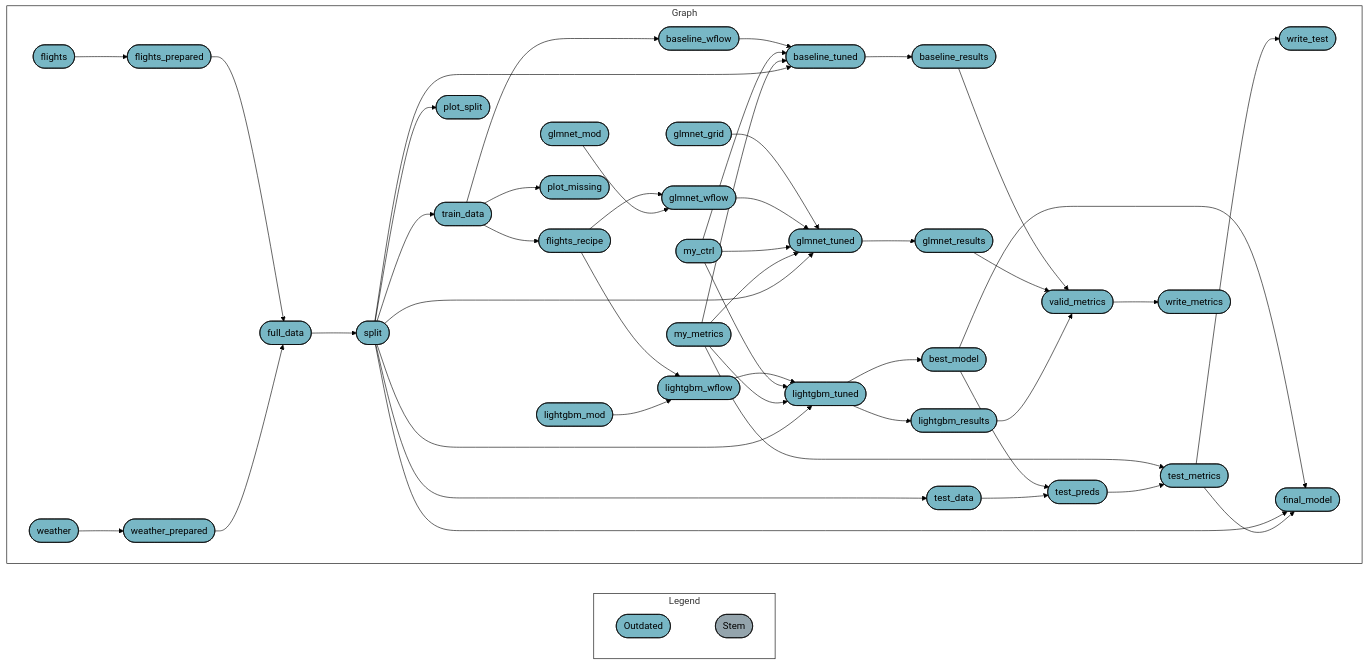
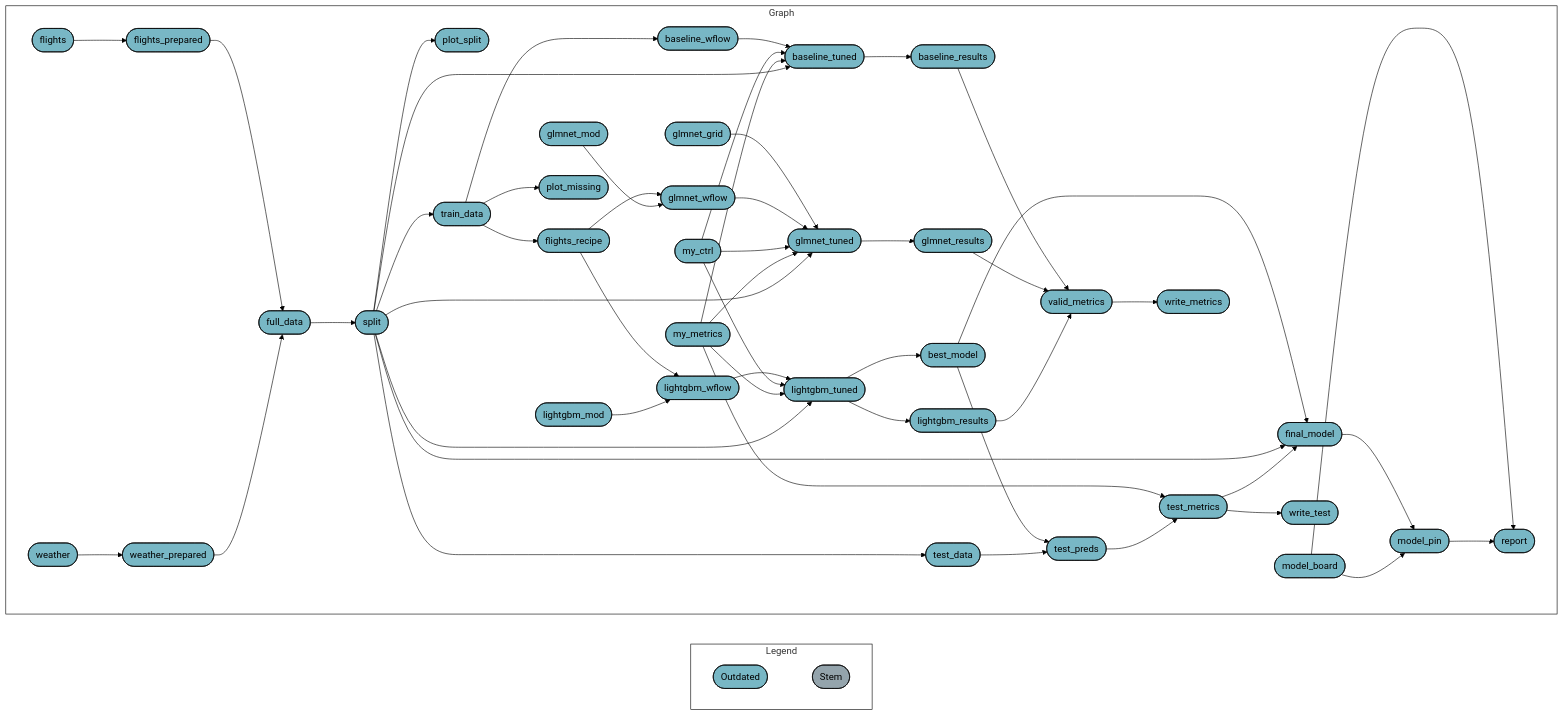
The diagram in README.md (phenrickson/flights), drawn with Mermaid (forest theme) before and after one commit. The commit also changed other lines of this file, not shown here.

````diff
--- a/README.md
+++ b/README.md
@@ -8,59 +10,63 @@
 ``` mermaid
 graph LR
   style Legend fill:#FFFFFF00,stroke:#000000;
   style Graph fill:#FFFFFF00,stroke:#000000;
   subgraph Legend
     direction LR
     x2db1ec7a48f65a9b([""Outdated""]):::outdated --- xd03d7c7dd2ddda2b([""Stem""]):::none
   end
   subgraph Graph
     direction LR
-    x0f09e4c17eb3276c(["test_metrics"]):::outdated --> xae90e4e03e9da6f6(["write_test"]):::outdated
-    x3045fd98bf132297(["lightgbm_tuned"]):::outdated --> xcc98cb49ce297ec1(["lightgbm_results"]):::outdated
     x9b0c9170b8902027(["best_model"]):::outdated --> x29f339361487eb61(["final_model"]):::outdated
     xe28457b7180d9865(["split"]):::outdated --> x29f339361487eb61(["final_model"]):::outdated
     x0f09e4c17eb3276c(["test_metrics"]):::outdated --> x29f339361487eb61(["final_model"]):::outdated
-    x9774927add83534a(["full_data"]):::outdated --> xe28457b7180d9865(["split"]):::outdated
-    xfa066c31cda349b9(["baseline_results"]):::outdated --> xe0bb173f910bd7f0(["valid_metrics"]):::outdated
-    xe2705333dfe7c9b4(["glmnet_results"]):::outdated --> xe0bb173f910bd7f0(["valid_metrics"]):::outdated
-    xcc98cb49ce297ec1(["lightgbm_results"]):::outdated --> xe0bb173f910bd7f0(["valid_metrics"]):::outdated
-    x9b0c9170b8902027(["best_model"]):::outdated --> x4cdedcb3a02ef6bb(["test_preds"]):::outdated
-    xbb782543df7528d1(["test_data"]):::outdated --> x4cdedcb3a02ef6bb(["test_preds"]):::outdated
-    xf4454ed4827f39ab(["flights_recipe"]):::outdated --> xf06d6eef7829004f(["glmnet_wflow"]):::outdated
-    xe7c688145125e4e7(["glmnet_mod"]):::outdated --> xf06d6eef7829004f(["glmnet_wflow"]):::outdated
-    xf4454ed4827f39ab(["flights_recipe"]):::outdated --> xad2d2a7a16304874(["lightgbm_wflow"]):::outdated
-    xec3a6239d23d9fb4(["lightgbm_mod"]):::outdated --> xad2d2a7a16304874(["lightgbm_wflow"]):::outdated
-    x50558fc6e6286095(["train_data"]):::outdated --> xf4454ed4827f39ab(["flights_recipe"]):::outdated
-    x849d840ef22b54a9(["weather"]):::outdated --> x9fde742fe0a2565f(["weather_prepared"]):::outdated
-    x1bddabfef734c169(["my_metrics"]):::outdated --> x0f09e4c17eb3276c(["test_metrics"]):::outdated
-    x4cdedcb3a02ef6bb(["test_preds"]):::outdated --> x0f09e4c17eb3276c(["test_metrics"]):::outdated
-    xad2d2a7a16304874(["lightgbm_wflow"]):::outdated --> x3045fd98bf132297(["lightgbm_tuned"]):::outdated
-    xed83340f200a6764(["my_ctrl"]):::outdated --> x3045fd98bf132297(["lightgbm_tuned"]):::outdated
-    x1bddabfef734c169(["my_metrics"]):::outdated --> x3045fd98bf132297(["lightgbm_tuned"]):::outdated
-    xe28457b7180d9865(["split"]):::outdated --> x3045fd98bf132297(["lightgbm_tuned"]):::outdated
-    x3045fd98bf132297(["lightgbm_tuned"]):::outdated --> x9b0c9170b8902027(["best_model"]):::outdated
+    xf7b68bfa4f5b3a26(["glmnet_tuned"]):::outdated --> xe2705333dfe7c9b4(["glmnet_results"]):::outdated
+    xe28457b7180d9865(["split"]):::outdated --> xd2cb6929a158530b(["plot_split"]):::outdated
     x0d6375e58e5b207c(["baseline_wflow"]):::outdated --> x633d349f0c4d35f8(["baseline_tuned"]):::outdated
     xed83340f200a6764(["my_ctrl"]):::outdated --> x633d349f0c4d35f8(["baseline_tuned"]):::outdated
     x1bddabfef734c169(["my_metrics"]):::outdated --> x633d349f0c4d35f8(["baseline_tuned"]):::outdated
     xe28457b7180d9865(["split"]):::outdated --> x633d349f0c4d35f8(["baseline_tuned"]):::outdated
-    x50558fc6e6286095(["train_data"]):::outdated --> xd0e10a259837a1c5(["plot_missing"]):::outdated
-    x50558fc6e6286095(["train_data"]):::outdated --> x0d6375e58e5b207c(["baseline_wflow"]):::outdated
-    xf7b68bfa4f5b3a26(["glmnet_tuned"]):::outdated --> xe2705333dfe7c9b4(["glmnet_results"]):::outdated
-    xe28457b7180d9865(["split"]):::outdated --> xd2cb6929a158530b(["plot_split"]):::outdated
-    xe0bb173f910bd7f0(["valid_metrics"]):::outdated --> xbc2f8d07f8113aa5(["write_metrics"]):::outdated
     x1ecdaec783393d35(["glmnet_grid"]):::outdated --> xf7b68bfa4f5b3a26(["glmnet_tuned"]):::outdated
     xf06d6eef7829004f(["glmnet_wflow"]):::outdated --> xf7b68bfa4f5b3a26(["glmnet_tuned"]):::outdated
     xed83340f200a6764(["my_ctrl"]):::outdated --> xf7b68bfa4f5b3a26(["glmnet_tuned"]):::outdated
     x1bddabfef734c169(["my_metrics"]):::outdated --> xf7b68bfa4f5b3a26(["glmnet_tuned"]):::outdated
     xe28457b7180d9865(["split"]):::outdated --> xf7b68bfa4f5b3a26(["glmnet_tuned"]):::outdated
+    xad2d2a7a16304874(["lightgbm_wflow"]):::outdated --> x3045fd98bf132297(["lightgbm_tuned"]):::outdated
+    xed83340f200a6764(["my_ctrl"]):::outdated --> x3045fd98bf132297(["lightgbm_tuned"]):::outdated
+    x1bddabfef734c169(["my_metrics"]):::outdated --> x3045fd98bf132297(["lightgbm_tuned"]):::outdated
+    xe28457b7180d9865(["split"]):::outdated --> x3045fd98bf132297(["lightgbm_tuned"]):::outdated
+    x9774927add83534a(["full_data"]):::outdated --> xe28457b7180d9865(["split"]):::outdated
+    x50558fc6e6286095(["train_data"]):::outdated --> x0d6375e58e5b207c(["baseline_wflow"]):::outdated
+    xe28457b7180d9865(["split"]):::outdated --> x50558fc6e6286095(["train_data"]):::outdated
+    x0f09e4c17eb3276c(["test_metrics"]):::outdated --> xae90e4e03e9da6f6(["write_test"]):::outdated
+    x3045fd98bf132297(["lightgbm_tuned"]):::outdated --> x9b0c9170b8902027(["best_model"]):::outdated
+    xf4454ed4827f39ab(["flights_recipe"]):::outdated --> xad2d2a7a16304874(["lightgbm_wflow"]):::outdated
+    xec3a6239d23d9fb4(["lightgbm_mod"]):::outdated --> xad2d2a7a16304874(["lightgbm_wflow"]):::outdated
+    x3045fd98bf132297(["lightgbm_tuned"]):::outdated --> xcc98cb49ce297ec1(["lightgbm_results"]):::outdated
+    x29f339361487eb61(["final_model"]):::outdated --> x49a9fc81583844b3(["model_pin"]):::outdated
+    xc24813344827e171(["model_board"]):::outdated --> x49a9fc81583844b3(["model_pin"]):::outdated
+    xf4454ed4827f39ab(["flights_recipe"]):::outdated --> xf06d6eef7829004f(["glmnet_wflow"]):::outdated
+    xe7c688145125e4e7(["glmnet_mod"]):::outdated --> xf06d6eef7829004f(["glmnet_wflow"]):::outdated
+    x50558fc6e6286095(["train_data"]):::outdated --> xf4454ed4827f39ab(["flights_recipe"]):::outdated
+    x1bddabfef734c169(["my_metrics"]):::outdated --> x0f09e4c17eb3276c(["test_metrics"]):::outdated
+    x4cdedcb3a02ef6bb(["test_preds"]):::outdated --> x0f09e4c17eb3276c(["test_metrics"]):::outdated
+    xc24813344827e171(["model_board"]):::outdated --> xb72891f20a5b8df1(["report"]):::outdated
+    x49a9fc81583844b3(["model_pin"]):::outdated --> xb72891f20a5b8df1(["report"]):::outdated
+    x9b0c9170b8902027(["best_model"]):::outdated --> x4cdedcb3a02ef6bb(["test_preds"]):::outdated
+    xbb782543df7528d1(["test_data"]):::outdated --> x4cdedcb3a02ef6bb(["test_preds"]):::outdated
+    x633d349f0c4d35f8(["baseline_tuned"]):::outdated --> xfa066c31cda349b9(["baseline_results"]):::outdated
+    x50558fc6e6286095(["train_data"]):::outdated --> xd0e10a259837a1c5(["plot_missing"]):::outdated
     x0b21886200383afb(["flights"]):::outdated --> xa53022e1b3b7315a(["flights_prepared"]):::outdated
+    xe0bb173f910bd7f0(["valid_metrics"]):::outdated --> xbc2f8d07f8113aa5(["write_metrics"]):::outdated
+    x849d840ef22b54a9(["weather"]):::outdated --> x9fde742fe0a2565f(["weather_prepared"]):::outdated
+    xfa066c31cda349b9(["baseline_results"]):::outdated --> xe0bb173f910bd7f0(["valid_metrics"]):::outdated
+    xe2705333dfe7c9b4(["glmnet_results"]):::outdated --> xe0bb173f910bd7f0(["valid_metrics"]):::outdated
+    xcc98cb49ce297ec1(["lightgbm_results"]):::outdated --> xe0bb173f910bd7f0(["valid_metrics"]):::outdated
     xa53022e1b3b7315a(["flights_prepared"]):::outdated --> x9774927add83534a(["full_data"]):::outdated
     x9fde742fe0a2565f(["weather_prepared"]):::outdated --> x9774927add83534a(["full_data"]):::outdated
     xe28457b7180d9865(["split"]):::outdated --> xbb782543df7528d1(["test_data"]):::outdated
-    x633d349f0c4d35f8(["baseline_tuned"]):::outdated --> xfa066c31cda349b9(["baseline_results"]):::outdated
-    xe28457b7180d9865(["split"]):::outdated --> x50558fc6e6286095(["train_data"]):::outdated
   end
   classDef outdated stroke:#000000,color:#000000,fill:#78B7C5;
   classDef none stroke:#000000,color:#000000,fill:#94a4ac;
   linkStyle 0 stroke-width:0px;
 ```
````
